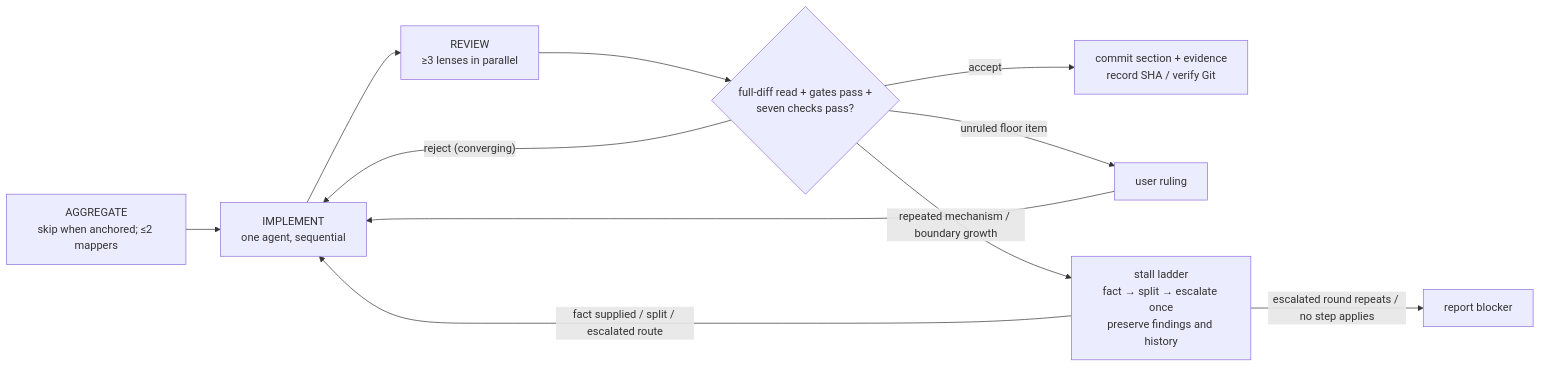
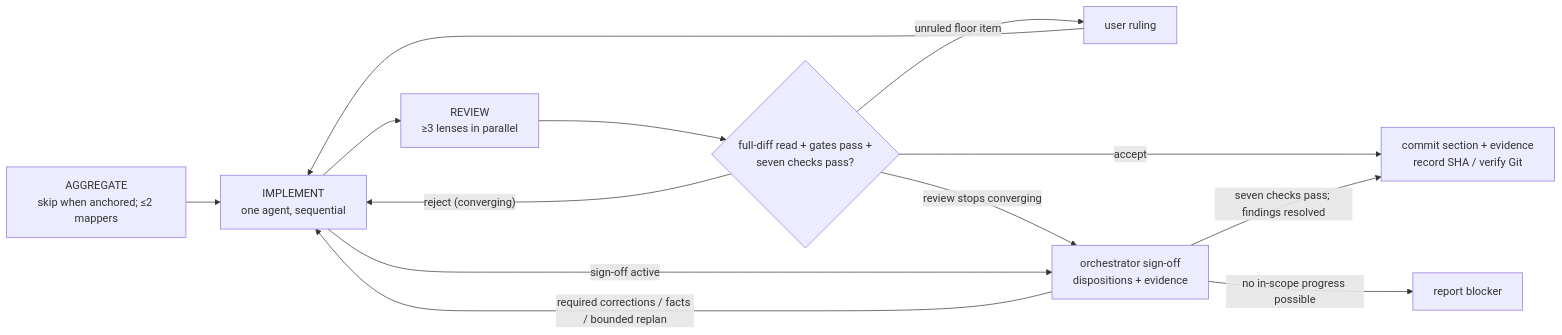
The first of 2 diagrams in skills/goal-driven-implementation/assets/plan-template.md (carboni123/goal-driven-implementation), drawn with Mermaid before and after one commit. The commit also changed other lines of this file and 16 other files, not shown here.

First line of the commit message:
feat(skill): simplify goal execution and review sign-off

````diff
--- a/skills/goal-driven-implementation/assets/plan-template.md
+++ b/skills/goal-driven-implementation/assets/plan-template.md
@@ -160,13 +163,15 @@
 ```mermaid
 flowchart LR
   AGG["AGGREGATE<br>skip when anchored; ≤2 mappers"] --> IMPL["IMPLEMENT<br>one agent, sequential"]
   IMPL --> REV["REVIEW<br>≥3 lenses in parallel"]
   REV --> GATE{"full-diff read + gates pass +<br>seven checks pass?"}
   GATE -- "reject (converging)" --> IMPL
   GATE -- accept --> COMMIT["commit section + evidence<br>record SHA / verify Git"]
   GATE -- "unruled floor item" --> USER["user ruling"]
-  GATE -- "repeated mechanism / boundary growth" --> LADDER["stall ladder<br>fact → split → escalate once<br>preserve findings and history"]
+  GATE -- "review stops converging" --> SIGN["orchestrator sign-off<br>dispositions + evidence"]
   USER --> IMPL
-  LADDER -- "fact supplied / split / escalated route" --> IMPL
-  LADDER -- "escalated round repeats / no step applies" --> STOP["report blocker"]
+  SIGN -- "required corrections / facts / bounded replan" --> IMPL
+  IMPL -- "sign-off active" --> SIGN
+  SIGN -- "seven checks pass; findings resolved" --> COMMIT
+  SIGN -- "no in-scope progress possible" --> STOP["report blocker"]
 ```
````
